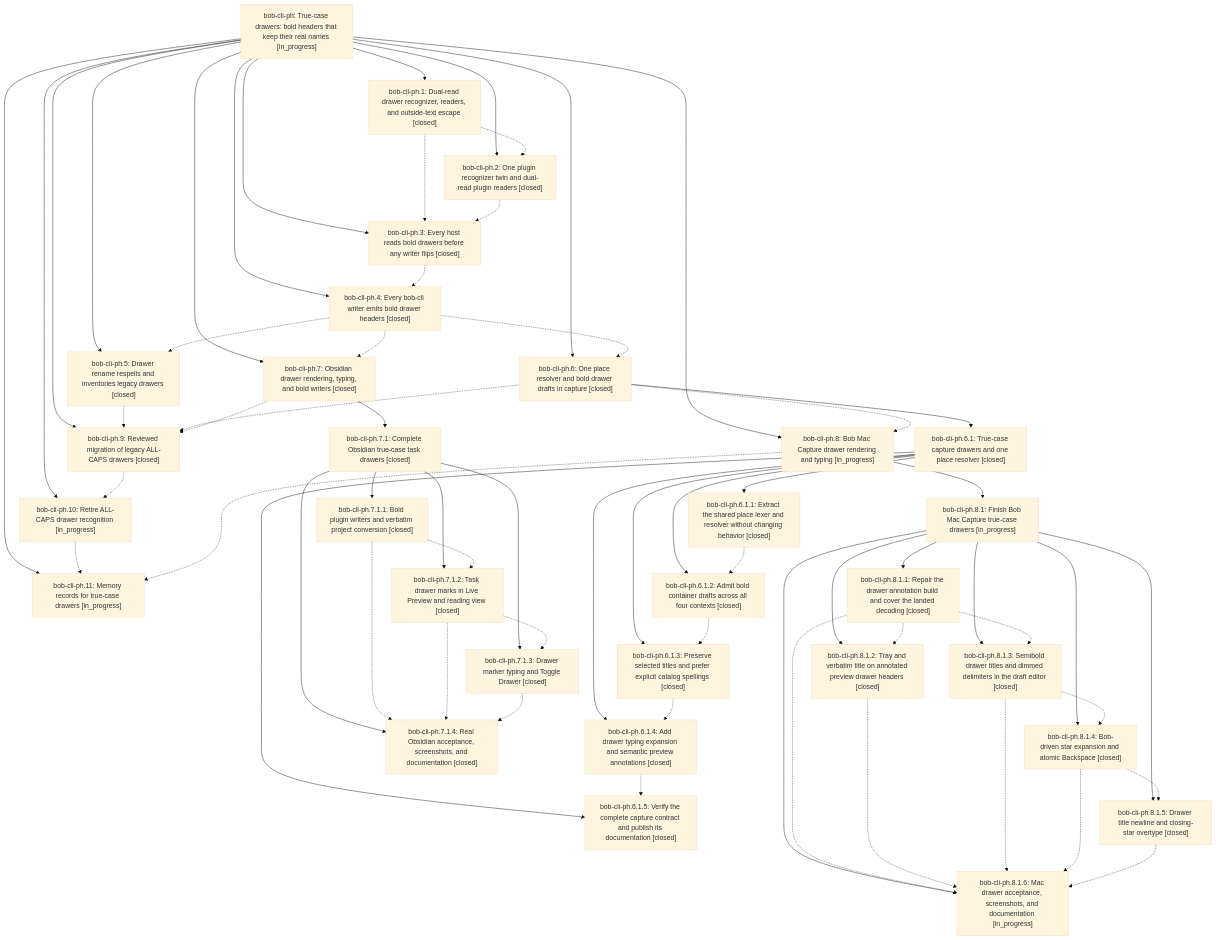
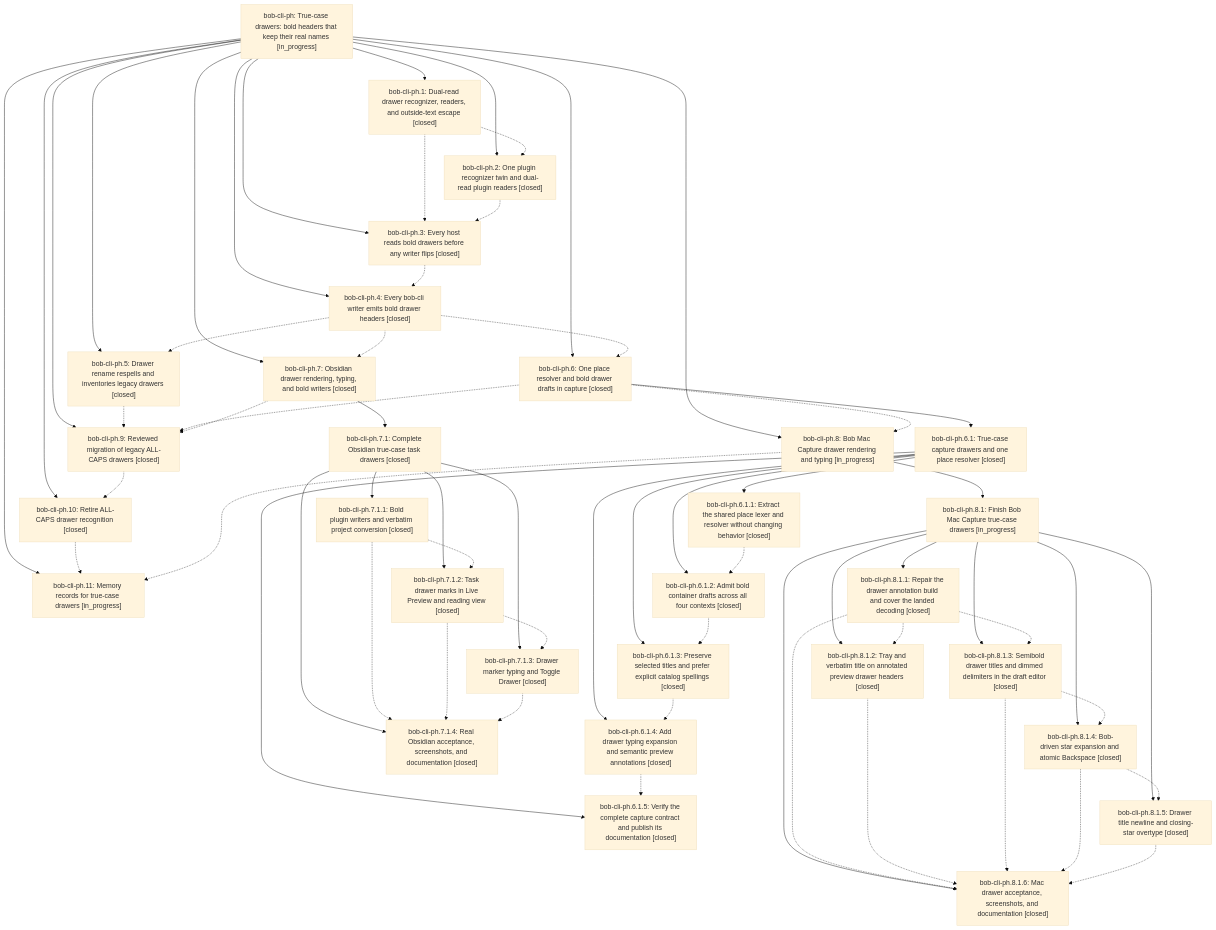
One commit to bobs-org/bob-cli--beads changed the diagram in pages/bob-cli-ph/README.md. Above: the diagram before and after it, drawn with Mermaid (base theme). The commit also changed other lines of this file and 15 other files, not shown here.

First line of the commit message:
chore(beads): sync bead state and pages for bob-cli-ph

```diff
--- a/pages/bob-cli-ph/README.md
+++ b/pages/bob-cli-ph/README.md
@@ -59,7 +59,7 @@
 flowchart TD
     n0["bob-cli-ph: True-case drawers: bold headers that keep their real names [in_progress]"]
     n1["bob-cli-ph.1: Dual-read drawer recognizer, readers, and outside-text escape [closed]"]
-    n2["bob-cli-ph.10: Retire ALL-CAPS drawer recognition [in_progress]"]
+    n2["bob-cli-ph.10: Retire ALL-CAPS drawer recognition [closed]"]
     n3["bob-cli-ph.11: Memory records for true-case drawers [in_progress]"]
     n4["bob-cli-ph.2: One plugin recognizer twin and dual-read plugin readers [closed]"]
     n5["bob-cli-ph.3: Every host reads bold drawers before any writer flips [closed]"]
@@ -85,7 +85,7 @@
     n25["bob-cli-ph.8.1.3: Semibold drawer titles and dimmed delimiters in the draft editor [closed]"]
     n26["bob-cli-ph.8.1.4: Bob-driven star expansion and atomic Backspace [closed]"]
     n27["bob-cli-ph.8.1.5: Drawer title newline and closing-star overtype [closed]"]
-    n28["bob-cli-ph.8.1.6: Mac drawer acceptance, screenshots, and documentation [in_progress]"]
+    n28["bob-cli-ph.8.1.6: Mac drawer acceptance, screenshots, and documentation [closed]"]
     n29["bob-cli-ph.9: Reviewed migration of legacy ALL-CAPS drawers [closed]"]
     n0 --> n1
     n0 --> n2
```
